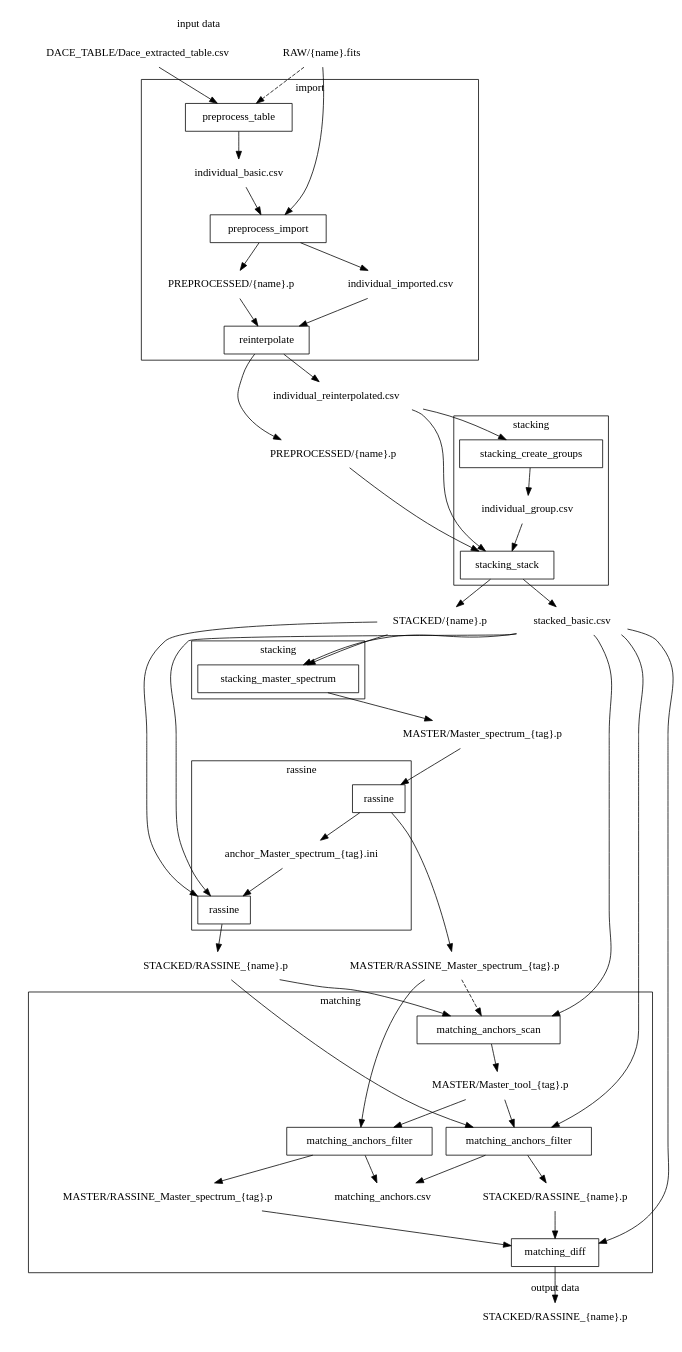
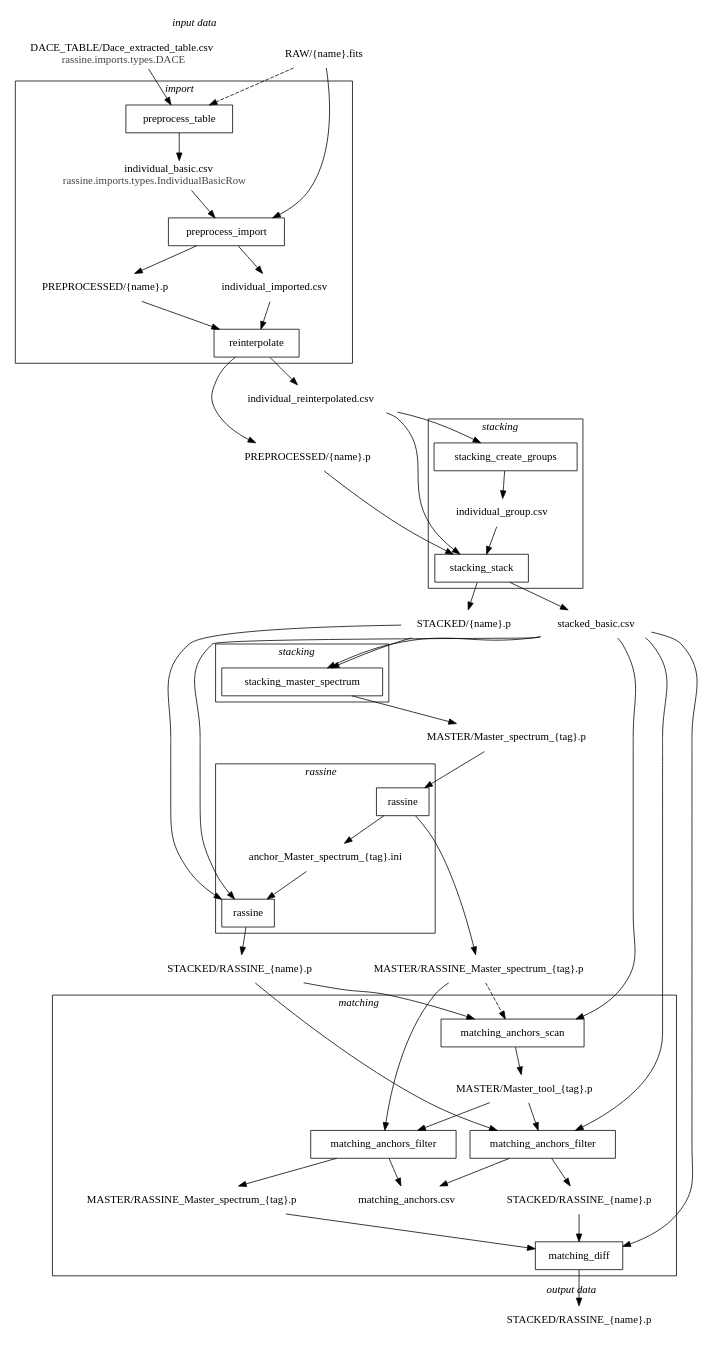
One commit to pegasilab/rassine changed the diagram in docs/source/graph.rst. Above: the diagram before and after it, drawn with Graphviz. The commit also changed 1 other file, not shown here.

Commit message:
Corrected API and graph

```diff
--- a/docs/source/graph.rst
+++ b/docs/source/graph.rst
@@ -6,10 +6,10 @@
     digraph process {
         newrank=false
         subgraph cluster_input_data {
-        label="input data"
+        label=<<i>input data</i>>
         peripheries=0
         "RAW/{name}.fits" [shape=none]
-        "DACE_TABLE/Dace_extracted_table.csv" [shape=none]
+        "DACE_TABLE/Dace_extracted_table.csv" [shape=none, label=<DACE_TABLE/Dace_extracted_table.csv<br/><font color="#444444">rassine.imports.types.DACE</font>>, href="../_autosummary/rassine.imports.types.DACE.html#rassine.imports.types.DACE", target="_top"]
         }
 
         subgraph cluster_data0 {
@@ -31,12 +31,12 @@
         }
 
         subgraph cluster_output_data {
-        label="output data"
+        label=<<i>output data</i>>
         peripheries=0
         "STACKED/RASSINE_{name}.p (ter)" [shape=none,label="STACKED/RASSINE_{name}.p"]
         }
         subgraph cluster_import {
-            label="import"
+            label=<<i>import</i>>
             "preprocess_table" [shape=box, href="../cli/preprocess_table.html", target="_top"]
                 "RAW/{name}.fits" -> "preprocess_table" [style="dashed"]
                 "DACE_TABLE/Dace_extracted_table.csv" -> "preprocess_table"
@@ -46,7 +46,7 @@
             "individual_basic.csv" -> "preprocess_import"
             "RAW/{name}.fits" -> "preprocess_import"
 
-            "individual_basic.csv" [shape=none]
+            "individual_basic.csv" [shape=none, label=<individual_basic.csv<br/><font color="#444444">rassine.imports.types.IndividualBasicRow</font>>, href="../_autosummary/rassine.imports.types.IndividualBasicRow.html", target="_top"]
 
             "preprocess_import" -> "PREPROCESSED/{name}.p"
             "preprocess_import" -> "individual_imported.csv"
@@ -64,7 +64,7 @@
 
         }
         subgraph cluster_stacking1 {
-            label="stacking"
+            label=<<i>stacking</i>>
             "stacking_create_groups" [shape="box", href="../cli/stacking_create_groups.html", target="_top"]
             "individual_reinterpolated.csv" -> "stacking_create_groups"
             "stacking_create_groups" -> "individual_group.csv"
@@ -83,14 +83,14 @@
 
         }
         subgraph cluster_stacking2 {
-            label="stacking"
+            label=<<i>stacking</i>>
             "stacking_master_spectrum" [shape="box", href="../cli/stacking_master_spectrum.html", target="_top"]
             "STACKED/{name}.p" -> "stacking_master_spectrum"
             "stacked_basic.csv" -> "stacking_master_spectrum"
             "stacking_master_spectrum" -> "MASTER/Master_spectrum_{tag}.p"
         }
         subgraph cluster_rassine {
-            label="rassine"
+            label=<<i>rassine</i>>
             "rassine1" [label="rassine", shape="box", href="../cli/rassine.html", target="_top"]
             "rassine2" [label="rassine", shape="box", href="../cli/rassine.html", target="_top"]
 
@@ -108,7 +108,7 @@
 
         }
         subgraph cluster_matching {
-            label="matching"
+            label=<<i>matching</i>>
             "stacked_basic.csv" -> "matching_anchors_scan"
             "STACKED/RASSINE_{name}.p" -> "matching_anchors_scan"
             "MASTER/RASSINE_Master_spectrum_{tag}.p" -> "matching_anchors_scan" [style="dashed"]
```
